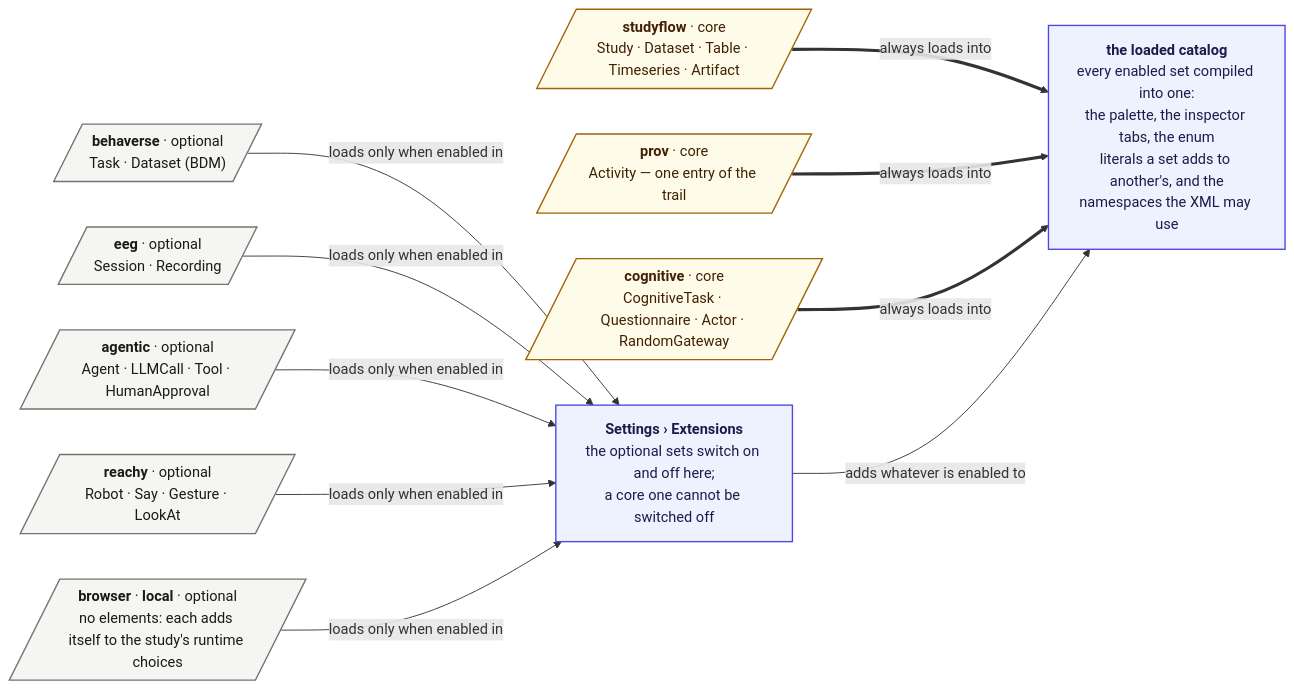
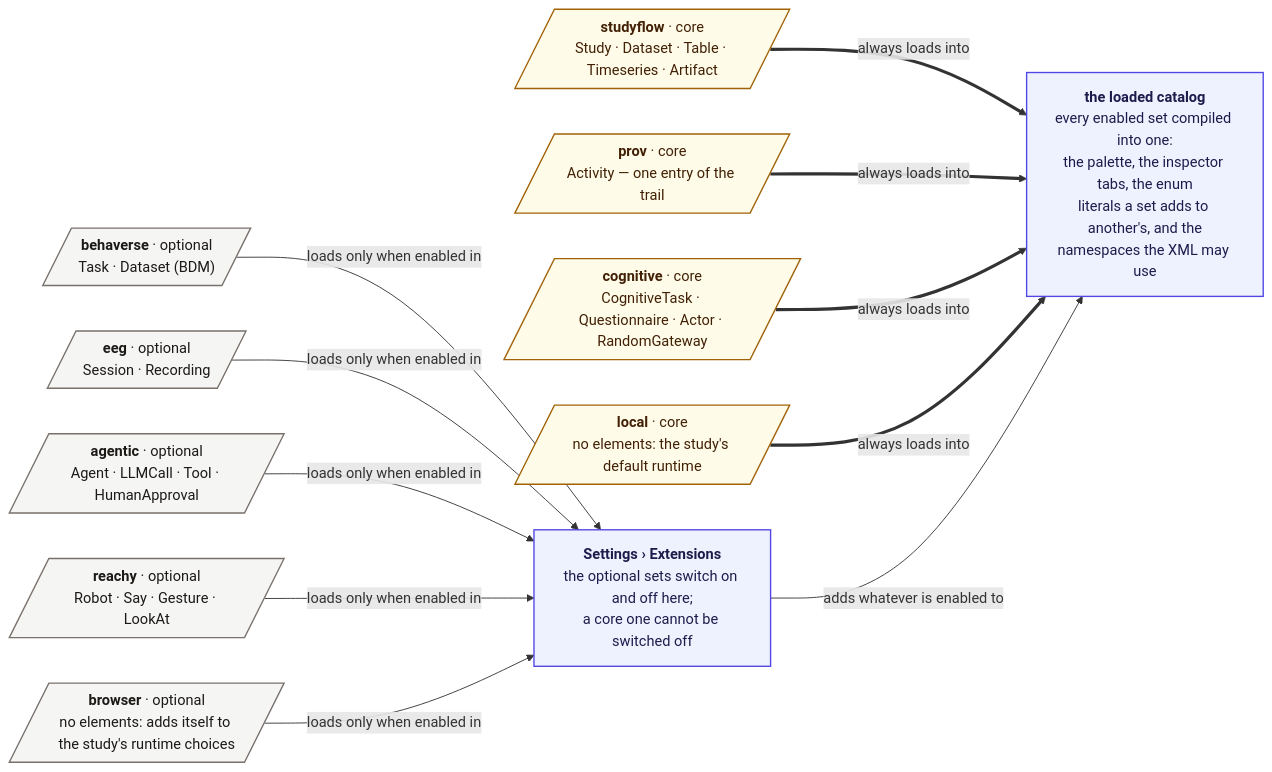
The diagram in docs/assets/img/diagrams/schema-map.mmd (behaverse/studyflow-modeler), drawn with Mermaid before and after one commit. The commit also changed 33 other files, not shown here.

```diff
--- a/docs/assets/img/diagrams/schema-map.mmd
+++ b/docs/assets/img/diagrams/schema-map.mmd
@@ -1,49 +1,52 @@
 %% Regenerate: npx -y @mermaid-js/mermaid-cli -i schema-map.mmd -o schema-map.svg -c mermaid.config.json -b transparent
 %% The config keeps labels as plain SVG text (no foreignObject), so the .svg survives being embedded as an image.
 flowchart LR
 
   SF[/"`**studyflow** · core
   Study · Dataset · Table · Timeseries · Artifact`"/]
   PROV[/"`**prov** · core
   Activity — one entry of the trail`"/]
   COG[/"`**cognitive** · core
   CognitiveTask · Questionnaire · Actor · RandomGateway`"/]
+  LOCAL[/"`**local** · core
+  no elements: the study's default runtime`"/]
 
   BEHAVERSE[/"`**behaverse** · optional
   Task · Dataset (BDM)`"/]
   EEG[/"`**eeg** · optional
   Session · Recording`"/]
   AGENTIC[/"`**agentic** · optional
   Agent · LLMCall · Tool · HumanApproval`"/]
   REACHY[/"`**reachy** · optional
   Robot · Say · Gesture · LookAt`"/]
-  RUNTIMES[/"`**browser** · **local** · optional
-  no elements: each adds itself to the study's runtime choices`"/]
+  BROWSER[/"`**browser** · optional
+  no elements: adds itself to the study's runtime choices`"/]
 
   SETTINGS["`**Settings › Extensions**
   the optional sets switch on and off here;
   a core one cannot be switched off`"]
 
   CATALOG["`**the loaded catalog**
   every enabled set compiled into one:
   the palette, the inspector tabs, the enum
   literals a set adds to another's, and the
   namespaces the XML may use`"]
 
   SF ==>|"always loads into"| CATALOG
   PROV ==>|"always loads into"| CATALOG
   COG ==>|"always loads into"| CATALOG
+  LOCAL ==>|"always loads into"| CATALOG
 
   BEHAVERSE -->|"loads only when enabled in"| SETTINGS
   EEG -->|"loads only when enabled in"| SETTINGS
   AGENTIC -->|"loads only when enabled in"| SETTINGS
   REACHY -->|"loads only when enabled in"| SETTINGS
-  RUNTIMES -->|"loads only when enabled in"| SETTINGS
+  BROWSER -->|"loads only when enabled in"| SETTINGS
   SETTINGS -->|"adds whatever is enabled to"| CATALOG
 
   classDef core fill:#fefce8,stroke:#a16207,stroke-width:1.5px,color:#422006
   classDef opt fill:#f5f5f4,stroke:#78716c,stroke-width:1.5px,color:#1c1917
   classDef app fill:#eef2ff,stroke:#4f46e5,stroke-width:1.5px,color:#1e1b4b
-  class SF,PROV,COG core
-  class BEHAVERSE,EEG,AGENTIC,REACHY,RUNTIMES opt
+  class SF,PROV,COG,LOCAL core
+  class BEHAVERSE,EEG,AGENTIC,REACHY,BROWSER opt
   class SETTINGS,CATALOG app
```
